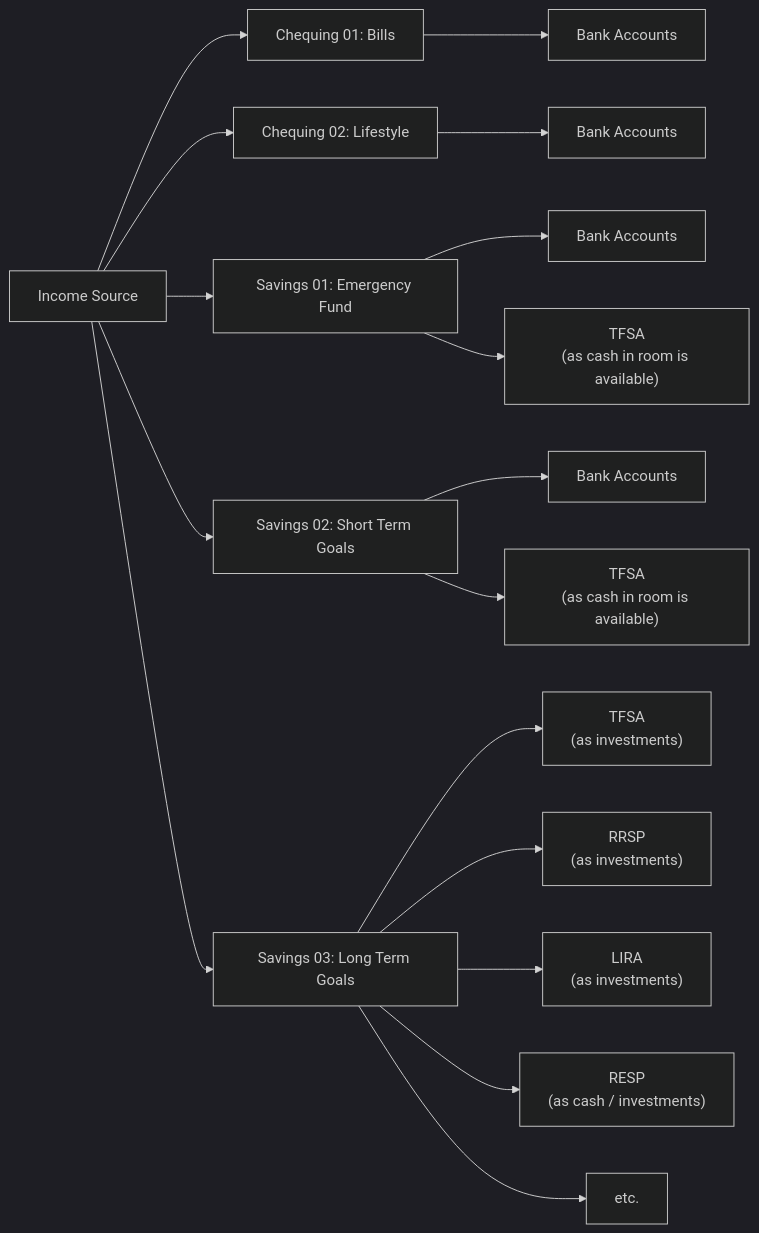
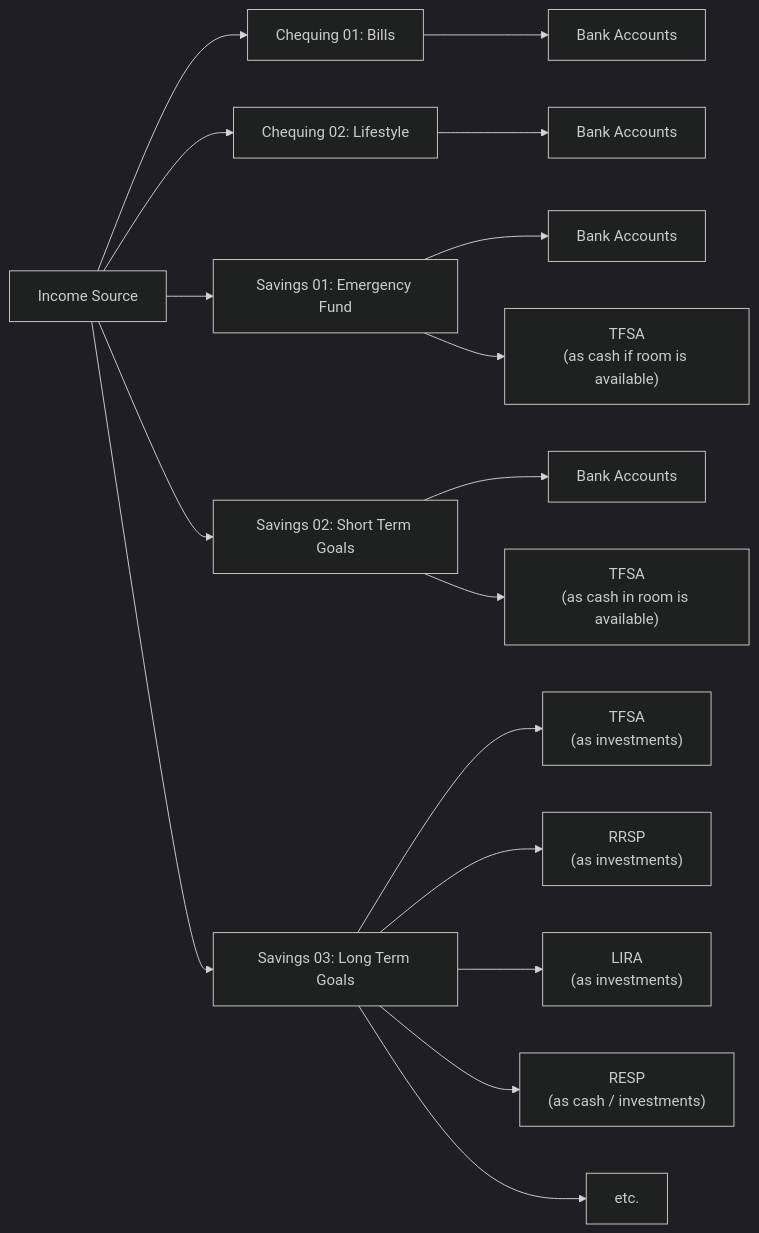
One commit to ksewlochan/Sewlochan changed the diagram in FinancialLiteracy/02b_FinancialLiteracy_HighFiveBanking.md. Above: the diagram before and after it, drawn with Mermaid (dark theme).

````diff
--- a/FinancialLiteracy/02b_FinancialLiteracy_HighFiveBanking.md
+++ b/FinancialLiteracy/02b_FinancialLiteracy_HighFiveBanking.md
@@ -28,20 +28,20 @@
 ``` mermaid
 	flowchart LR
 		IncomeSource["Income Source"] --> ChequingBills["Chequing 01: Bills"]
 		IncomeSource --> ChequingLifestyle["Chequing 02: Lifestyle"]
 		IncomeSource --> SavingsEmergencyFund["Savings 01: Emergency Fund"]
 		IncomeSource --> SavingsShortTerm["Savings 02: Short Term Goals"]
 		IncomeSource --> SavingsLongTerm["Savings 03: Long Term Goals"]
 		
 		ChequingBills --> BankAccountA["Bank Accounts"]
 		ChequingLifestyle --> BankAccountB["Bank Accounts"]
 		SavingsEmergencyFund --> BankAccountC["Bank Accounts"]
-		SavingsEmergencyFund --> TFSAa["TFSA<br>(as cash in room is available)"]
+		SavingsEmergencyFund --> TFSAa["TFSA<br>(as cash if room is available)"]
 		SavingsShortTerm --> BankAccountD["Bank Accounts"]
 		SavingsShortTerm --> TFSAb["TFSA<br>(as cash in room is available)"]
 		SavingsLongTerm --> TFSAc["TFSA<br>(as investments)"]
 		SavingsLongTerm --> RRSP["RRSP<br>(as investments)"]
 		SavingsLongTerm --> LIRA["LIRA<br>(as investments)"]
 		SavingsLongTerm --> RESP["RESP<br>(as cash / investments)"]
 		SavingsLongTerm --> etc["etc."]
 ```
````
